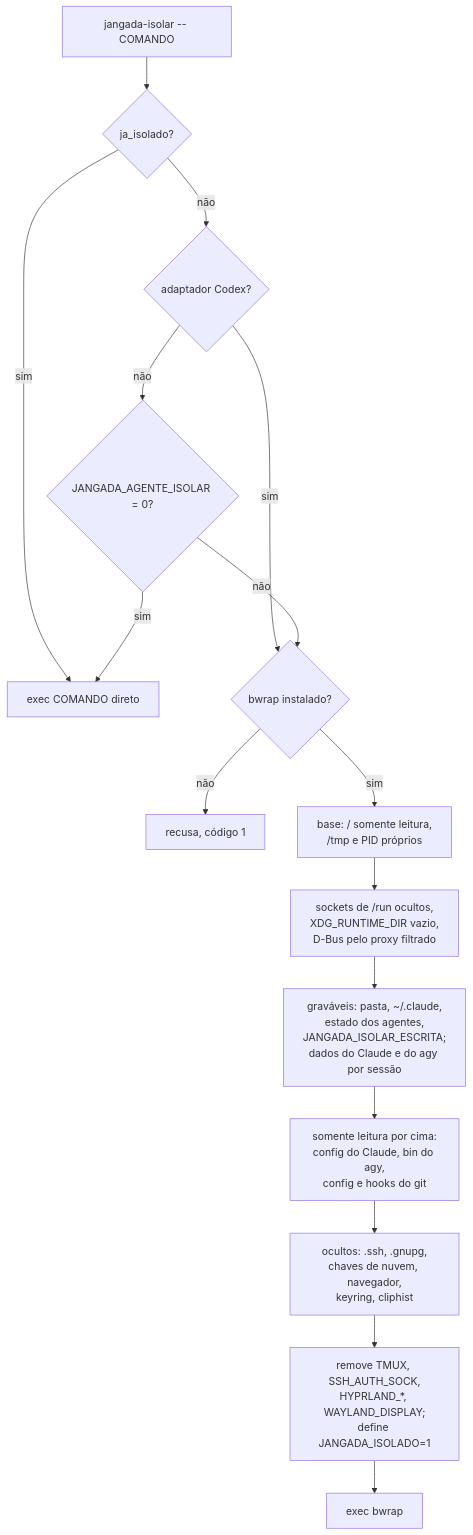
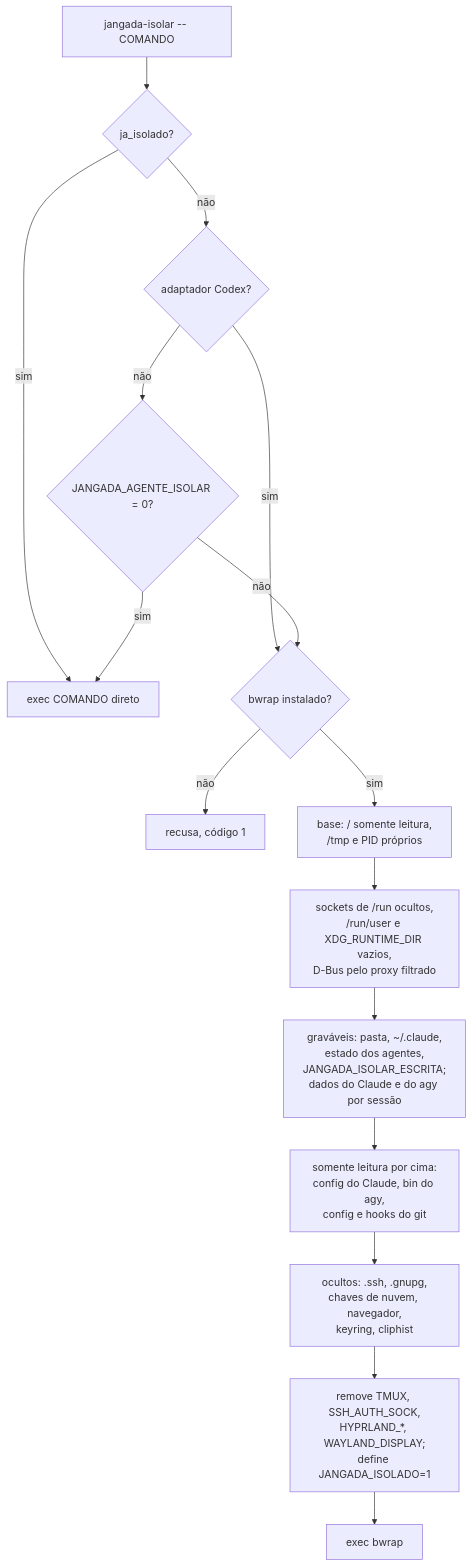
One commit to felipintoslv/jangada-core changed the second of 3 diagrams in docs/isolamento.md. Above: the diagram before and after it, drawn with Mermaid. The commit also changed other lines of this file and 1 other file, not shown here.

Commit message:
fix(isolar): documentação diz que /run/user inteiro fica coberto

````diff
--- a/docs/isolamento.md
+++ b/docs/isolamento.md
@@ -96,18 +96,18 @@
 ```mermaid
 flowchart TD
     A[jangada-isolar -- COMANDO] --> B{ja_isolado?}
     B -- sim --> X[exec COMANDO direto]
     B -- não --> O{adaptador Codex?}
     O -- sim --> C{bwrap instalado?}
     O -- não --> P{JANGADA_AGENTE_ISOLAR = 0?}
     P -- sim --> X
     P -- não --> C
     C -- não --> F[recusa, código 1]
     C -- sim --> D[base: / somente leitura,<br>/tmp e PID próprios]
-    D --> E[sockets de /run ocultos,<br>XDG_RUNTIME_DIR vazio,<br>D-Bus pelo proxy filtrado]
+    D --> E[sockets de /run ocultos,<br>/run/user e XDG_RUNTIME_DIR vazios,<br>D-Bus pelo proxy filtrado]
     E --> G[graváveis: pasta, ~/.claude,<br>estado dos agentes,<br>JANGADA_ISOLAR_ESCRITA;<br>dados do Claude e do agy por sessão]
     G --> H[somente leitura por cima:<br>config do Claude, bin do agy,<br>config e hooks do git]
     H --> I[ocultos: .ssh, .gnupg,<br>chaves de nuvem, navegador,<br>keyring, cliphist]
     I --> J[remove TMUX, SSH_AUTH_SOCK,<br>HYPRLAND_*, WAYLAND_DISPLAY;<br>define JANGADA_ISOLADO=1]
     J --> K[exec bwrap]
 ```
````
